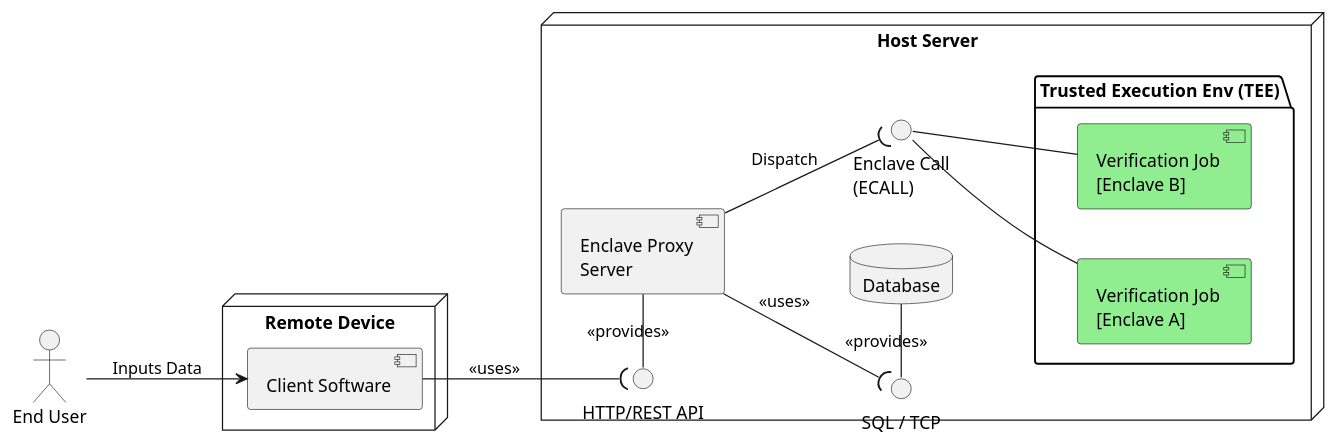
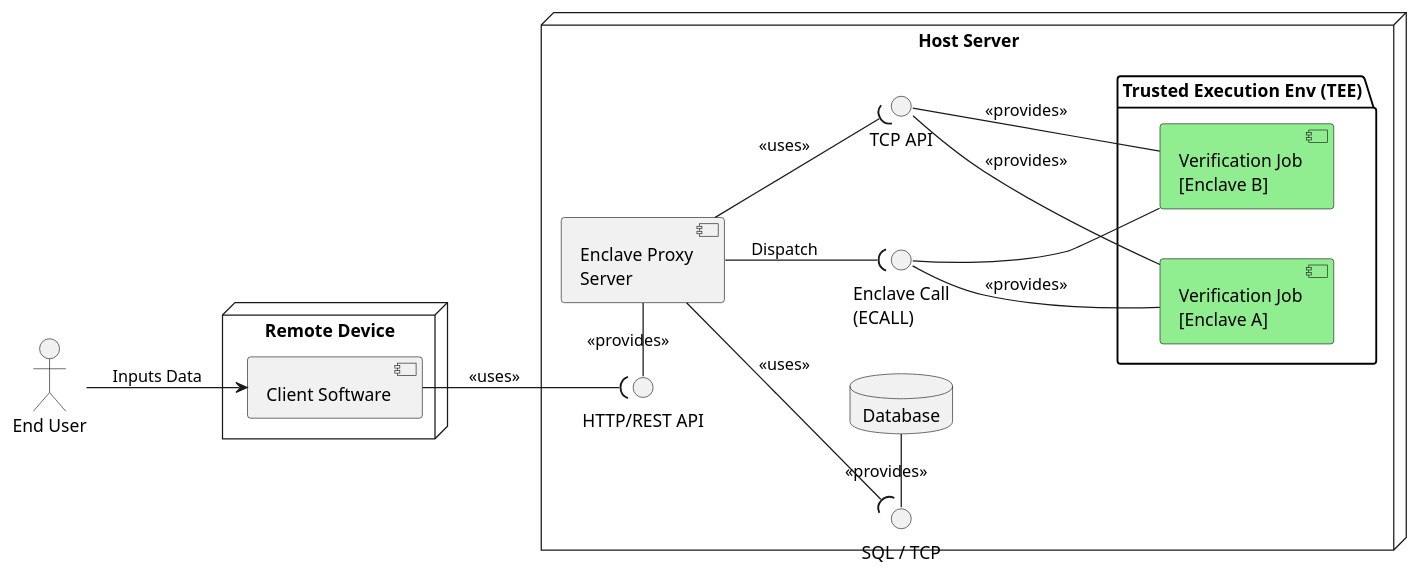
Before and after one commit to Breinich/CMCaaS: the diagram in doc/architecture.puml, drawn with PlantUML.

Commit message:
update architecture diagram

```diff
--- a/doc/architecture.puml
+++ b/doc/architecture.puml
@@ -1,58 +1,49 @@
 @startuml
 left to right direction
 skinparam nodesep 40
 skinparam ranksep 40
 
-' 1. The Human User
 actor "End User" as user
 
-' 2. The Remote Device
 node "Remote Device" {
     component "Client Software" as client_app
 }
 
-' 3. The Server Infrastructure
 node "Host Server" {
 
     component "Enclave Proxy\nServer" as proxy
 
-    database "Database" as db {
-        ' Internal details if needed
-    }
+    database "Database" as db
 
     package "Trusted Execution Env (TEE)" {
         component "Verification Job\n[Enclave A]" as enclave1 #LightGreen
         component "Verification Job\n[Enclave B]" as enclave2 #LightGreen
     }
 
     ' -- Interfaces Definitions --
 
-    ' The Proxy exposes an HTTP API
     interface "HTTP/REST API" as http_int
-
-    ' The Database exposes a Query Interface
     interface "SQL / TCP" as db_int
-
-    ' The Enclaves expose an invocation interface
     interface "Enclave Call\n(ECALL)" as enclave_int
+    interface "TCP API" as tcp_api
 }
 
 ' --- Relationships ---
 
-' User uses the client
 user --> client_app : Inputs Data
 
-' Client connects to the Proxy via HTTP Interface
 http_int - proxy : <<provides>>
 client_app --( http_int : <<uses>>
 
-' Proxy connects to DB via SQL Interface
 db_int - db : <<provides>>
 proxy --( db_int : <<uses>>
 
-' Proxy dispatches to Enclaves via ECALL Interface
-enclave_int -- enclave1
+enclave_int -- enclave1 : <<provides>>
+tcp_api -- enclave1 : <<provides>>
 enclave_int -- enclave2
+tcp_api -- enclave2 : <<provides>>
+
 proxy --( enclave_int : Dispatch
+proxy --( tcp_api : <<uses>>
 
 @enduml
```
